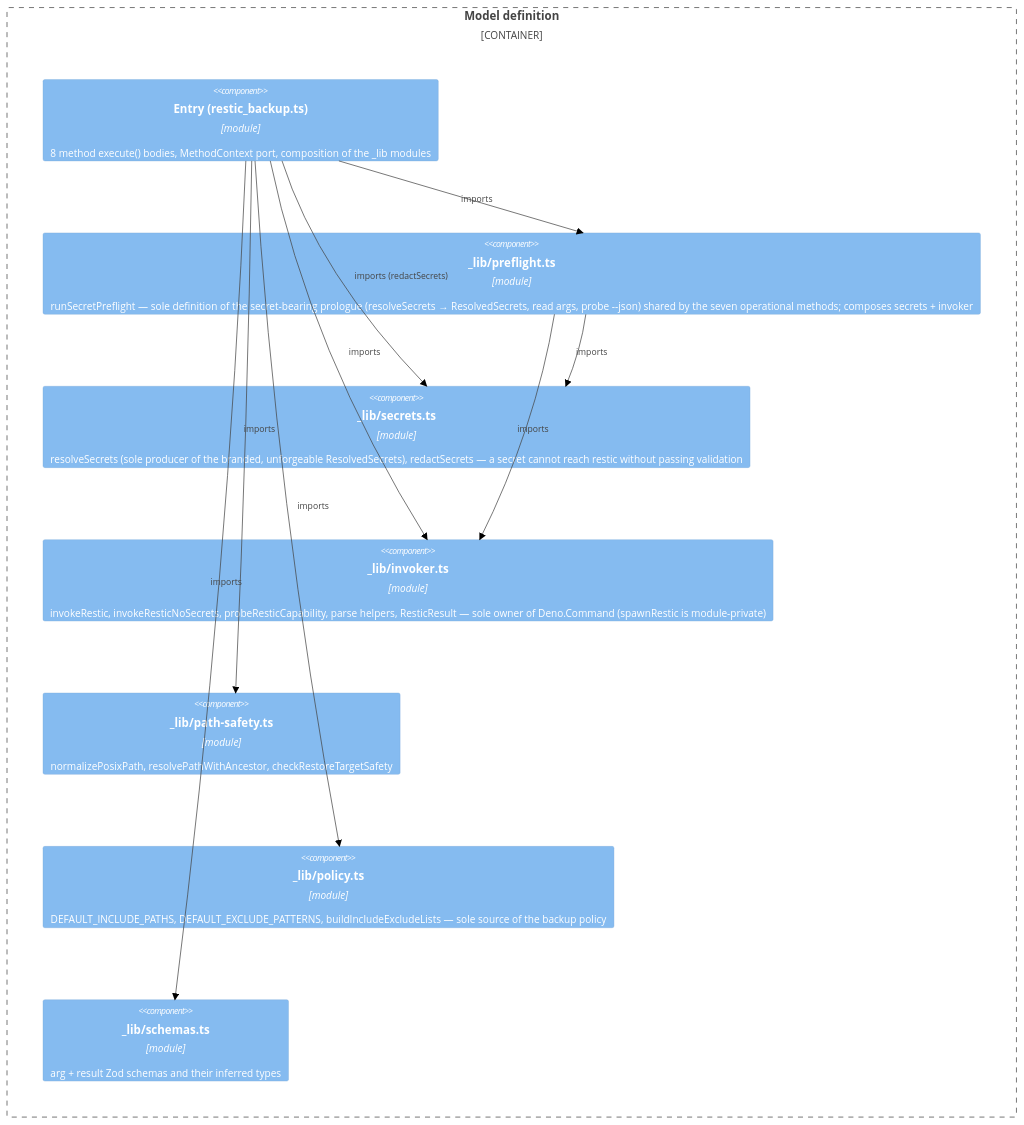
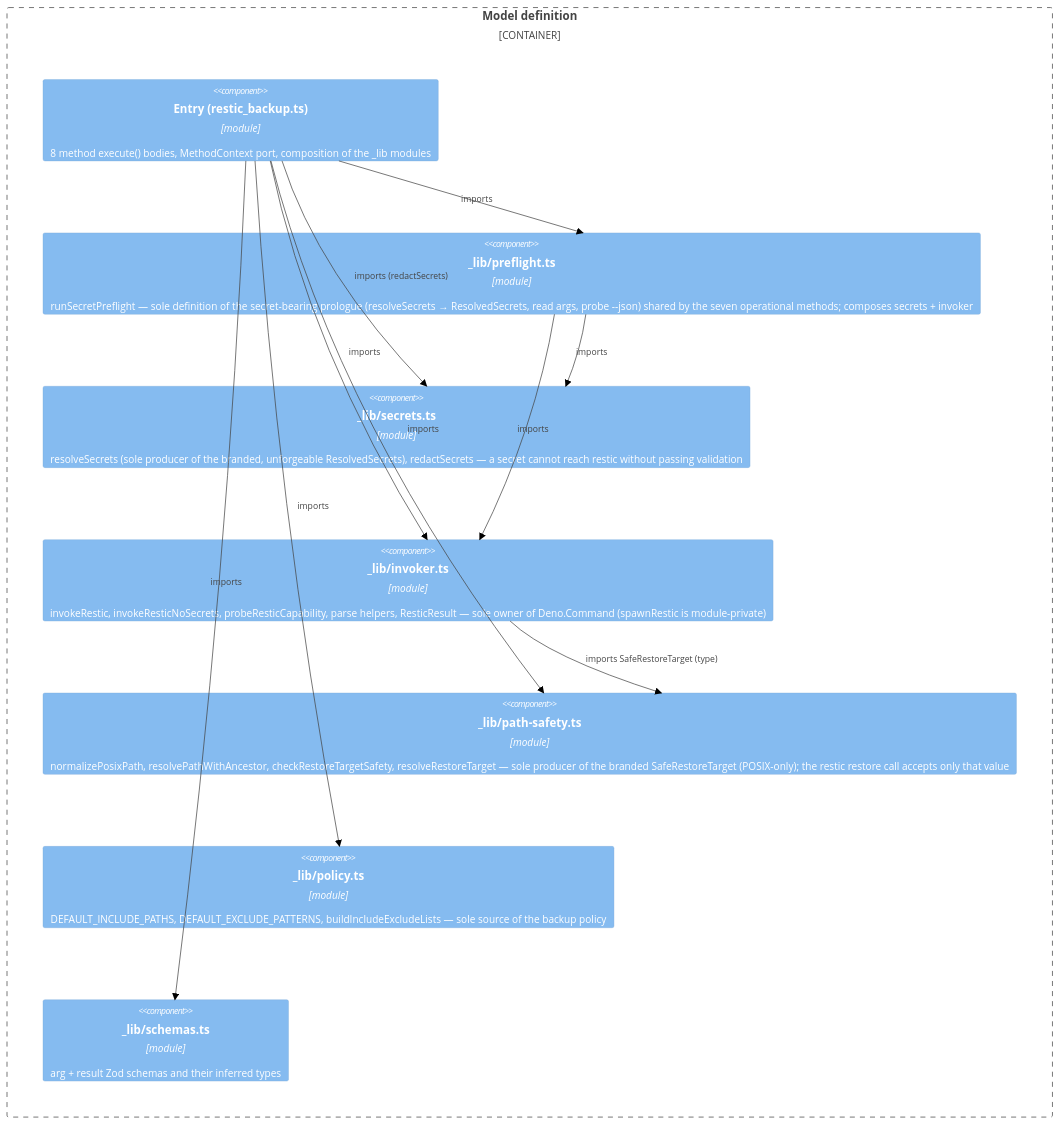
One commit to Atalanta/swamp-restic-backup changed the third of 3 diagrams in docs/architecture.md. Above: the diagram before and after it, drawn with Mermaid (forest theme). The commit also changed other lines of this file and 6 other files, not shown here.

````diff
--- a/docs/architecture.md
+++ b/docs/architecture.md
@@ -54,21 +54,22 @@
 ```mermaid
 C4Component
     Container_Boundary(model, "Model definition") {
         Component(methods, "Entry (restic_backup.ts)", "module", "8 method execute() bodies, MethodContext port, composition of the _lib modules")
         Component(preflight, "_lib/preflight.ts", "module", "runSecretPreflight — sole definition of the secret-bearing prologue (resolveSecrets → ResolvedSecrets, read args, probe --json) shared by the seven operational methods; composes secrets + invoker")
         Component(secrets, "_lib/secrets.ts", "module", "resolveSecrets (sole producer of the branded, unforgeable ResolvedSecrets), redactSecrets — a secret cannot reach restic without passing validation")
         Component(invoker, "_lib/invoker.ts", "module", "invokeRestic, invokeResticNoSecrets, probeResticCapability, parse helpers, ResticResult — sole owner of Deno.Command (spawnRestic is module-private)")
-        Component(pathsafety, "_lib/path-safety.ts", "module", "normalizePosixPath, resolvePathWithAncestor, checkRestoreTargetSafety")
+        Component(pathsafety, "_lib/path-safety.ts", "module", "normalizePosixPath, resolvePathWithAncestor, checkRestoreTargetSafety, resolveRestoreTarget — sole producer of the branded SafeRestoreTarget (POSIX-only); the restic restore call accepts only that value")
         Component(policy, "_lib/policy.ts", "module", "DEFAULT_INCLUDE_PATHS, DEFAULT_EXCLUDE_PATTERNS, buildIncludeExcludeLists — sole source of the backup policy")
         Component(schemas, "_lib/schemas.ts", "module", "arg + result Zod schemas and their inferred types")
     }
 
     Rel(methods, preflight, "imports")
     Rel(methods, secrets, "imports (redactSecrets)")
     Rel(methods, invoker, "imports")
     Rel(methods, pathsafety, "imports")
+    Rel(invoker, pathsafety, "imports SafeRestoreTarget (type)")
     Rel(methods, policy, "imports")
     Rel(methods, schemas, "imports")
     Rel(preflight, secrets, "imports")
     Rel(preflight, invoker, "imports")
 ```
````
